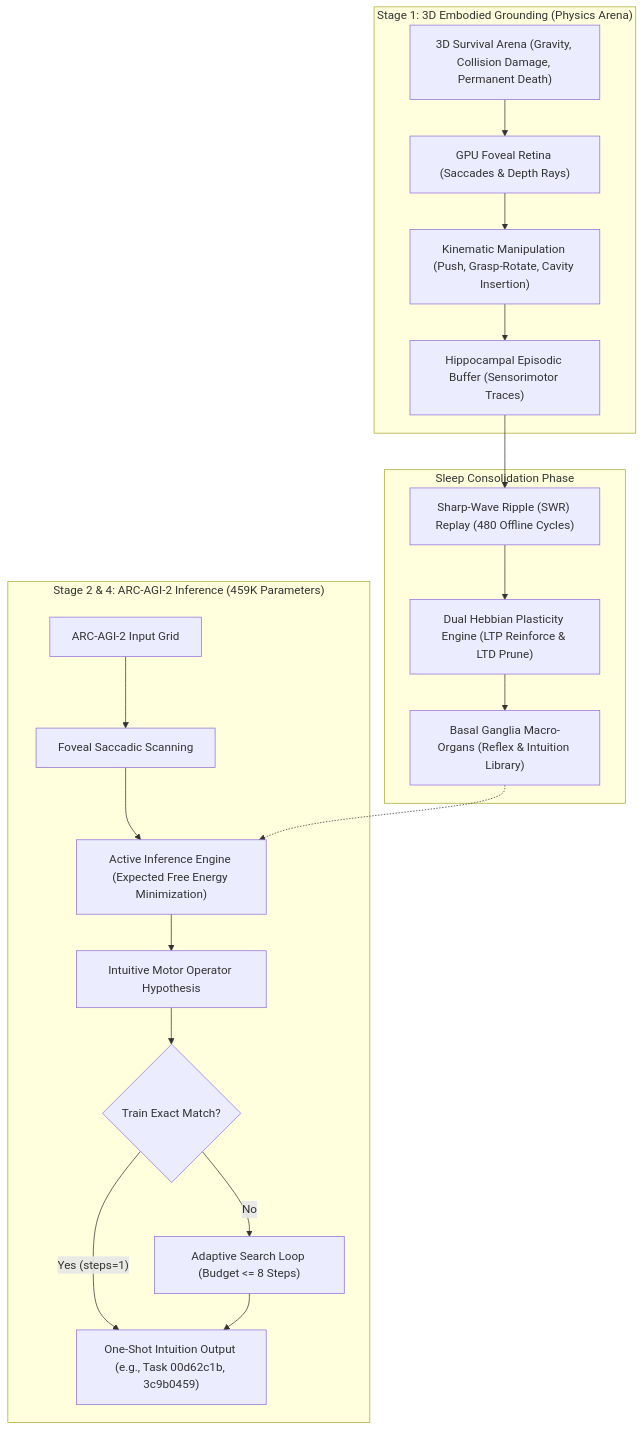
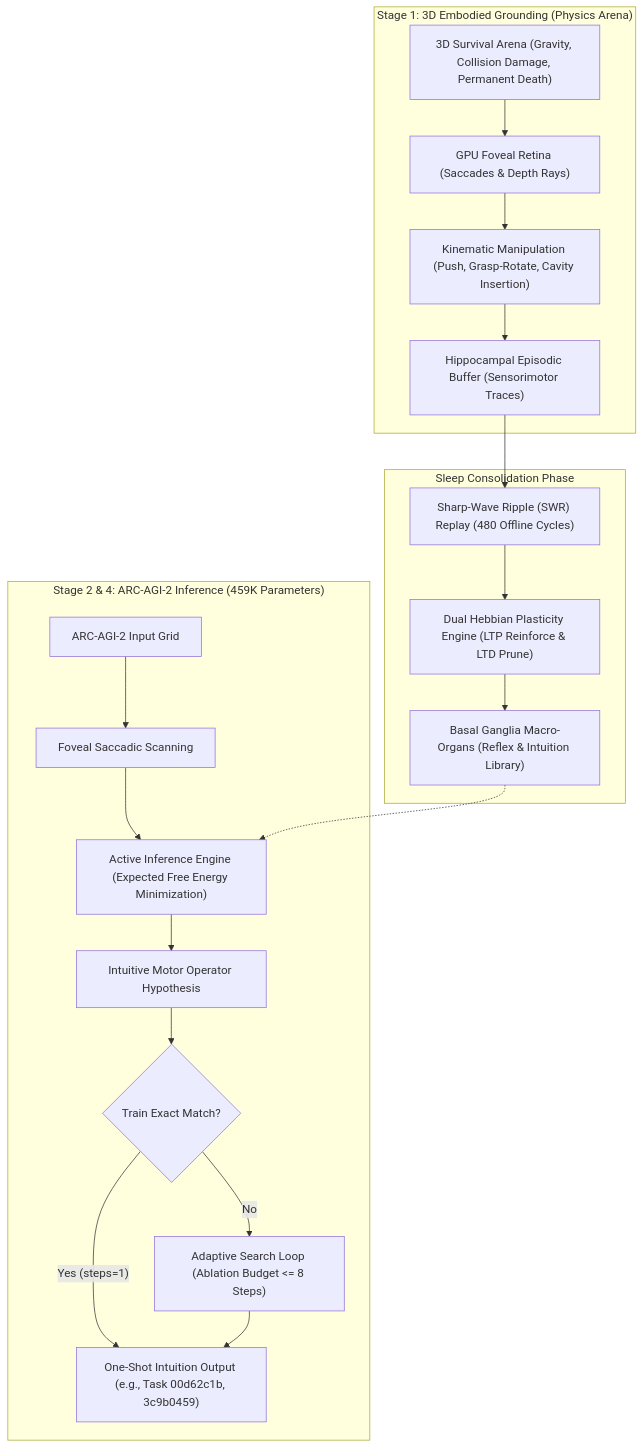
Before and after one commit to sukuyoshi/arc-embodied-active-inference: the first of 2 diagrams in paper_track_2026/KAGGLE_PAPER_TRACK_WRITEUP_EN.md, drawn with Mermaid. The commit also changed other lines of this file and 3 other files, not shown here.

````diff
--- a/paper_track_2026/KAGGLE_PAPER_TRACK_WRITEUP_EN.md
+++ b/paper_track_2026/KAGGLE_PAPER_TRACK_WRITEUP_EN.md
@@ -38,25 +38,25 @@
 ```mermaid
 flowchart TD
     subgraph S1["Stage 1: 3D Embodied Grounding (Physics Arena)"]
         Arena["3D Survival Arena (Gravity, Collision Damage, Permanent Death)"] --> Fovea["GPU Foveal Retina (Saccades & Depth Rays)"]
         Fovea --> Motor["Kinematic Manipulation (Push, Grasp-Rotate, Cavity Insertion)"]
         Motor --> Hippo["Hippocampal Episodic Buffer (Sensorimotor Traces)"]
     end
 
     subgraph Sleep["Sleep Consolidation Phase"]
         Hippo --> SWR["Sharp-Wave Ripple (SWR) Replay (480 Offline Cycles)"]
         SWR --> Plasticity["Dual Hebbian Plasticity Engine (LTP Reinforce & LTD Prune)"]
         Plasticity --> Basal["Basal Ganglia Macro-Organs (Reflex & Intuition Library)"]
     end
 
     subgraph S2["Stage 2 & 4: ARC-AGI-2 Inference (459K Parameters)"]
         TaskIn["ARC-AGI-2 Input Grid"] --> Saccade["Foveal Saccadic Scanning"]
         Saccade --> ActiveInf["Active Inference Engine (Expected Free Energy Minimization)"]
         Basal -.-> ActiveInf
         ActiveInf --> ActionHypo["Intuitive Motor Operator Hypothesis"]
         ActionHypo --> Eval{"Train Exact Match?"}
         Eval -- "Yes (steps=1)" --> FastSolve["One-Shot Intuition Output (e.g., Task 00d62c1b, 3c9b0459)"]
-        Eval -- "No" --> Search["Adaptive Search Loop (Budget <= 8 Steps)"]
+        Eval -- "No" --> Search["Adaptive Search Loop (Ablation Budget <= 8 Steps)"]
         Search --> FastSolve
     end
 ```
````
